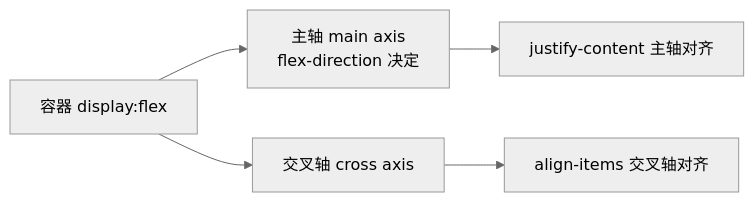
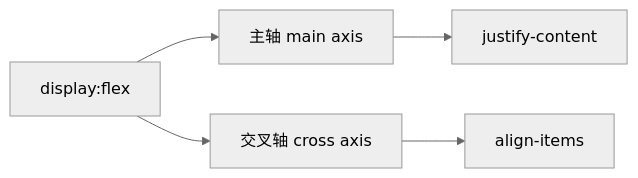
The second of 2 diagrams in frontend-knowledge-base/卷三-HTML与CSS/3.3-布局体系上-常规流与Flex与BFC.md (inspire-man/frontend-knowledge-base), drawn with Mermaid (neutral theme) before and after one commit. The commit also changed other lines of this file and 2 other files, not shown here.

````diff
--- a/frontend-knowledge-base/卷三-HTML与CSS/3.3-布局体系上-常规流与Flex与BFC.md
+++ b/frontend-knowledge-base/卷三-HTML与CSS/3.3-布局体系上-常规流与Flex与BFC.md
@@ -62,7 +66,7 @@
 ```mermaid
 flowchart LR
-    A[容器 display:flex] --> B[主轴 main axis<br/>flex-direction 决定]
+    A[display:flex] --> B[主轴 main axis]
     A --> C[交叉轴 cross axis]
-    B --> B1[justify-content 主轴对齐]
-    C --> C1[align-items 交叉轴对齐]
+    B --> B1[justify-content]
+    C --> C1[align-items]
 ```
````
